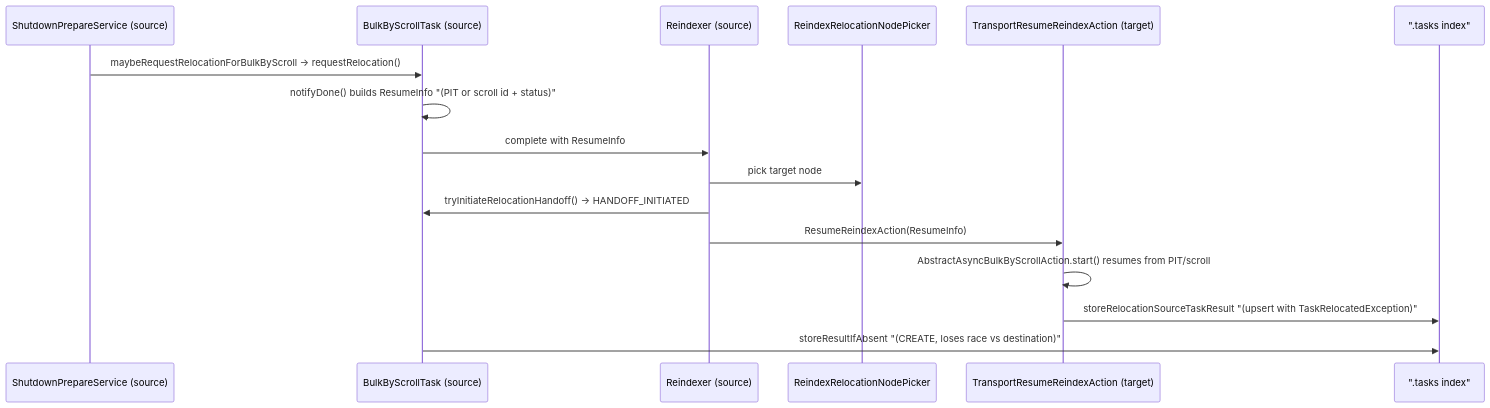
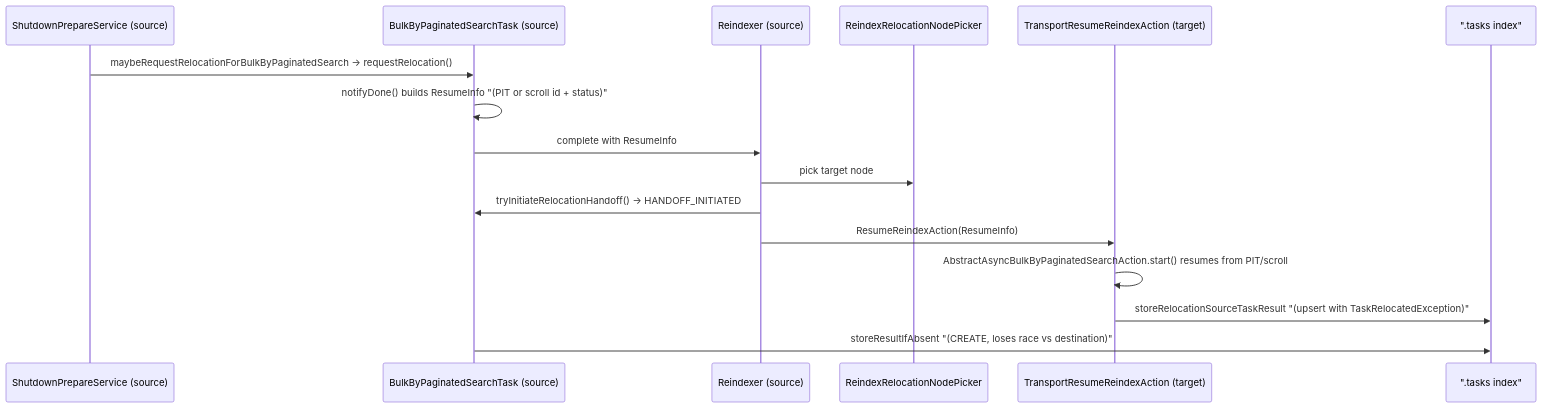
One commit to elastic/elasticsearch changed the third of 5 diagrams in docs/internal/DistributedArchitectureGuide.md. Above: the diagram before and after it, drawn with Mermaid. The commit also changed other lines of this file, not shown here.

````diff
--- a/docs/internal/DistributedArchitectureGuide.md
+++ b/docs/internal/DistributedArchitectureGuide.md
@@ -2684,19 +2684,19 @@
 ```mermaid
 sequenceDiagram
     participant Shutdown as ShutdownPrepareService (source)
-    participant Worker as BulkByScrollTask (source)
+    participant Worker as BulkByPaginatedSearchTask (source)
     participant Reindexer as Reindexer (source)
     participant Picker as ReindexRelocationNodePicker
     participant Target as TransportResumeReindexAction (target)
     participant Tasks as ".tasks index"
 
-    Shutdown->>Worker: maybeRequestRelocationForBulkByScroll → requestRelocation()
+    Shutdown->>Worker: maybeRequestRelocationForBulkByPaginatedSearch → requestRelocation()
     Worker->>Worker: notifyDone() builds ResumeInfo "(PIT or scroll id + status)"
     Worker->>Reindexer: complete with ResumeInfo
     Reindexer->>Picker: pick target node
     Reindexer->>Worker: tryInitiateRelocationHandoff() → HANDOFF_INITIATED
     Reindexer->>Target: ResumeReindexAction(ResumeInfo)
-    Target->>Target: AbstractAsyncBulkByScrollAction.start() resumes from PIT/scroll
+    Target->>Target: AbstractAsyncBulkByPaginatedSearchAction.start() resumes from PIT/scroll
     Target->>Tasks: storeRelocationSourceTaskResult "(upsert with TaskRelocatedException)"
     Worker->>Tasks: storeResultIfAbsent "(CREATE, loses race vs destination)"
 ```
````
